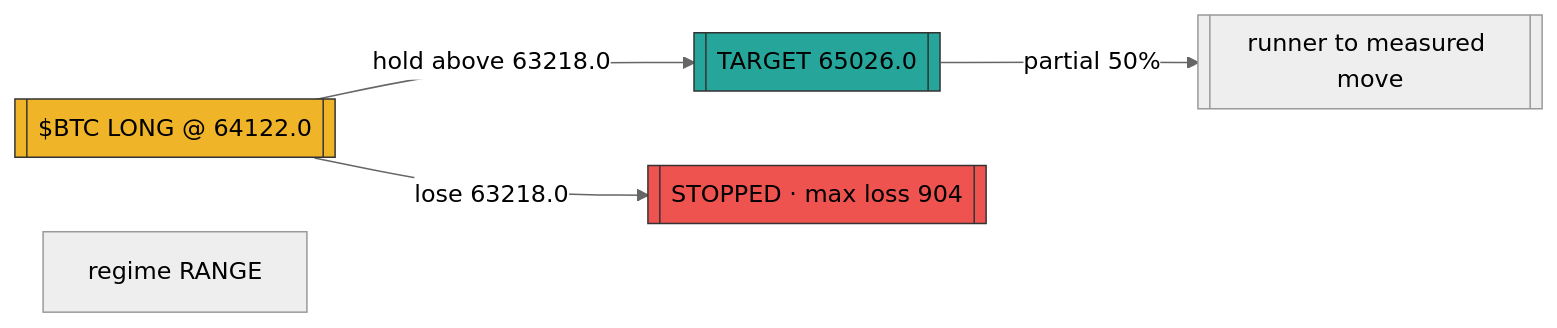
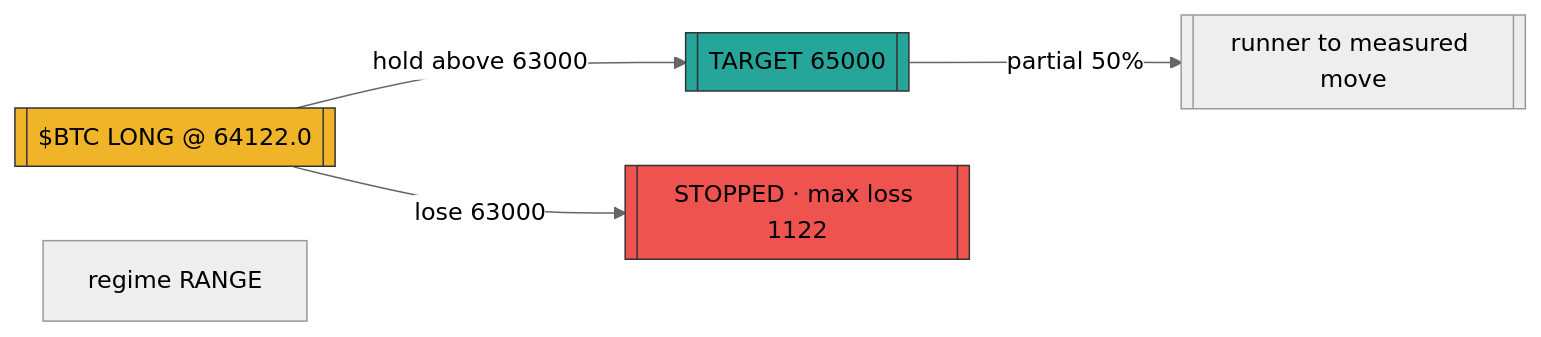
Before and after one commit to prx0r/BEAR: the diagram in astronomer/data/proveout_posts_astronomer_zero/2075440957429104815.mmd, drawn with Mermaid (neutral theme). The commit also changed 2030 other files, not shown here.

```diff
--- a/astronomer/data/proveout_posts_astronomer_zero/2075440957429104815.mmd
+++ b/astronomer/data/proveout_posts_astronomer_zero/2075440957429104815.mmd
@@ -1,9 +1,9 @@
 flowchart LR
     sig[["$BTC LONG @ 64122.0"]]
-    sig -->|"hold above 63218.0"| tgt[["TARGET 65026.0"]]
-    sig -->|"lose 63218.0"| stp[["STOPPED · max loss 904"]]
+    sig -->|"hold above 63000"| tgt[["TARGET 65000"]]
+    sig -->|"lose 63000"| stp[["STOPPED · max loss 1122"]]
     tgt -->|"partial 50%"| t2[["runner to measured move"]]
     style sig fill:#f0b429,stroke:#333
     style tgt fill:#26a69a,stroke:#333
     style stp fill:#ef5350,stroke:#333
     sub["regime RANGE" ]
```
